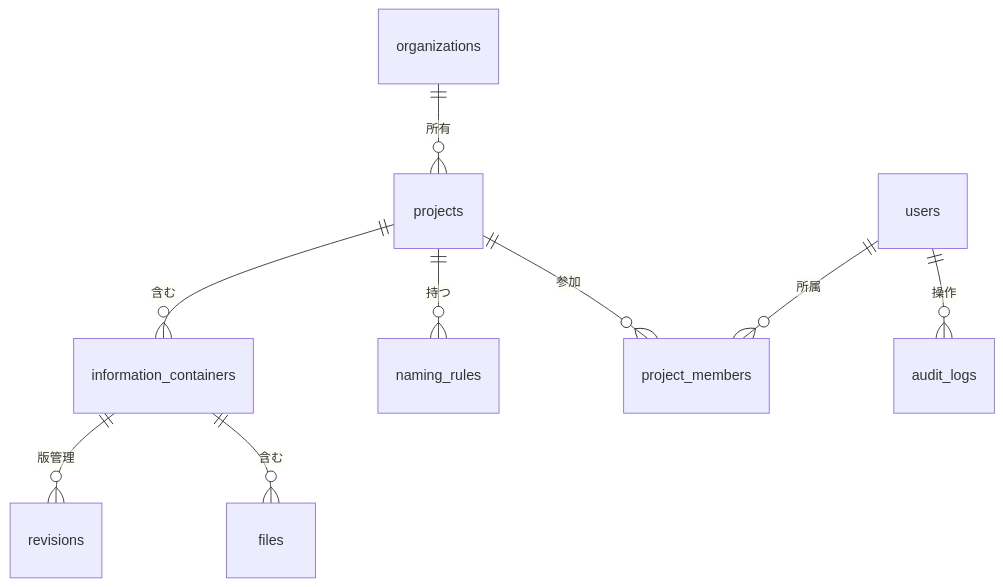
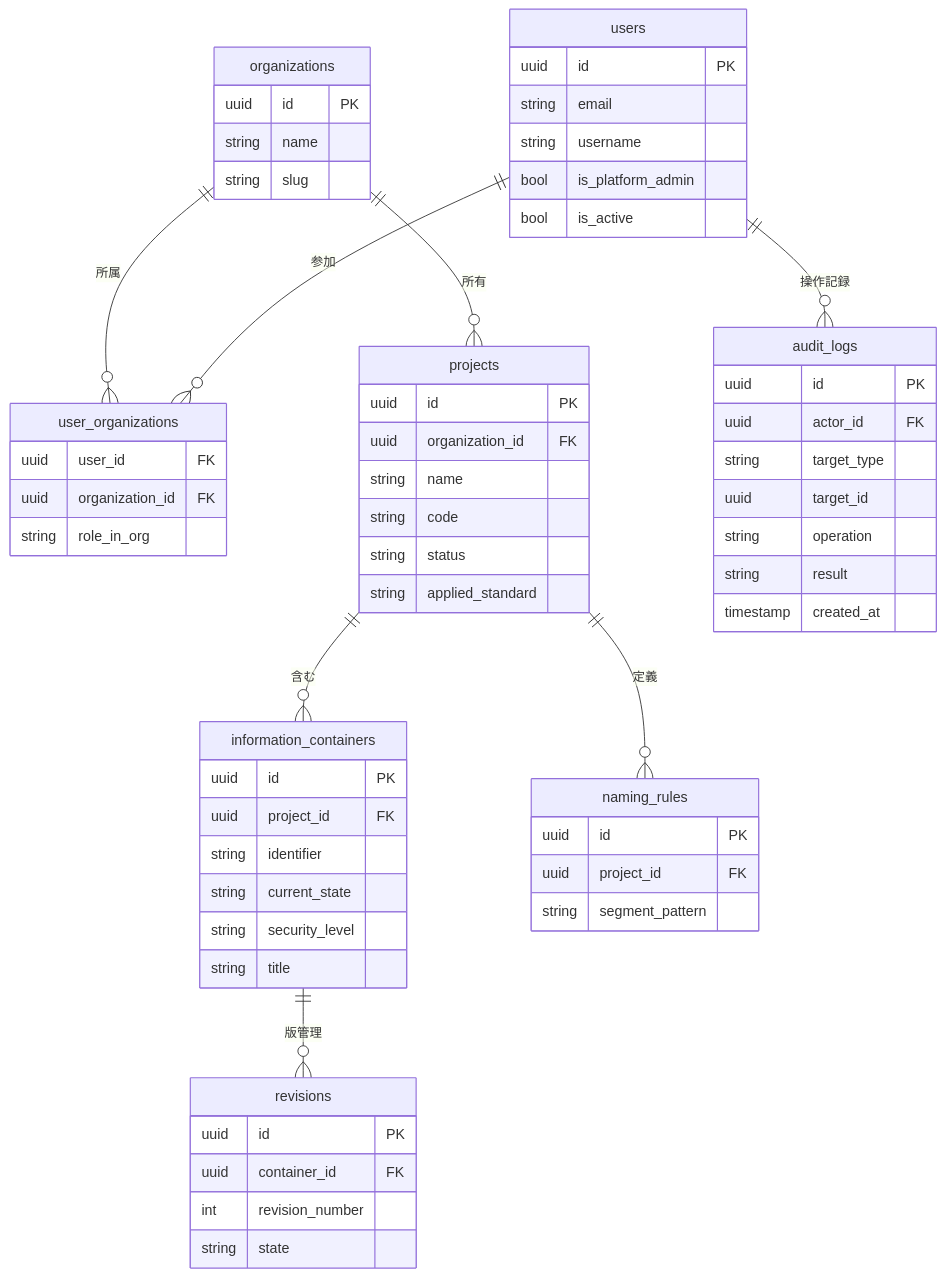
The fifth of 7 diagrams in docs/TECH_STACK.md (Kensan196948G/Open-BIM-Information-Platform), drawn with Mermaid before and after one commit. The commit also changed other lines of this file and 1 other file, not shown here.

First line of the commit message:
docs: rewrite IT_SETUP.md and TECH_STACK.md with diagrams

````diff
--- a/docs/TECH_STACK.md
+++ b/docs/TECH_STACK.md
@@ -150,11 +258,71 @@
 ```mermaid
 erDiagram
+    organizations {
+        uuid id PK
+        string name
+        string slug
+    }
+
+    users {
+        uuid id PK
+        string email
+        string username
+        bool is_platform_admin
+        bool is_active
+    }
+
+    user_organizations {
+        uuid user_id FK
+        uuid organization_id FK
+        string role_in_org
+    }
+
+    projects {
+        uuid id PK
+        uuid organization_id FK
+        string name
+        string code
+        string status
+        string applied_standard
+    }
+
+    information_containers {
+        uuid id PK
+        uuid project_id FK
+        string identifier
+        string current_state
+        string security_level
+        string title
+    }
+
+    revisions {
+        uuid id PK
+        uuid container_id FK
+        int revision_number
+        string state
+    }
+
+    naming_rules {
+        uuid id PK
+        uuid project_id FK
+        string segment_pattern
+    }
+
+    audit_logs {
+        uuid id PK
+        uuid actor_id FK
+        string target_type
+        uuid target_id
+        string operation
+        string result
+        timestamp created_at
+    }
+
+    organizations ||--o{ user_organizations : "所属"
+    users ||--o{ user_organizations : "参加"
     organizations ||--o{ projects : "所有"
     projects ||--o{ information_containers : "含む"
-    projects ||--o{ naming_rules : "持つ"
-    projects ||--o{ project_members : "参加"
-    users ||--o{ project_members : "所属"
+    projects ||--o{ naming_rules : "定義"
     information_containers ||--o{ revisions : "版管理"
-    information_containers ||--o{ files : "含む"
-    users ||--o{ audit_logs : "操作"
+    users ||--o{ audit_logs : "操作記録"
 ```
````
